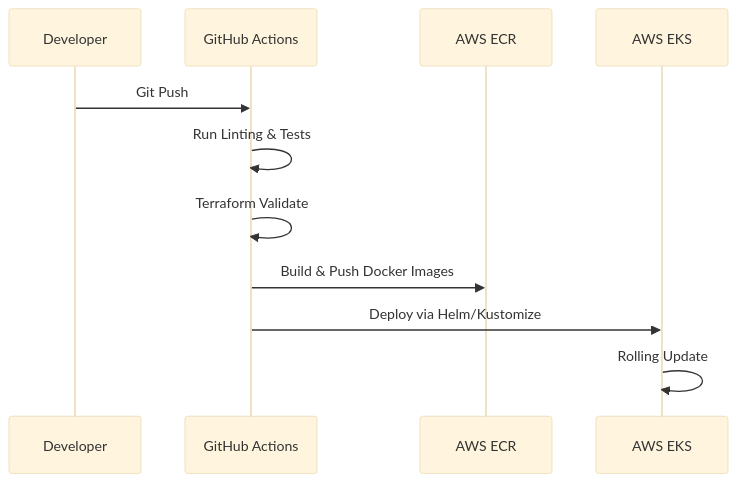
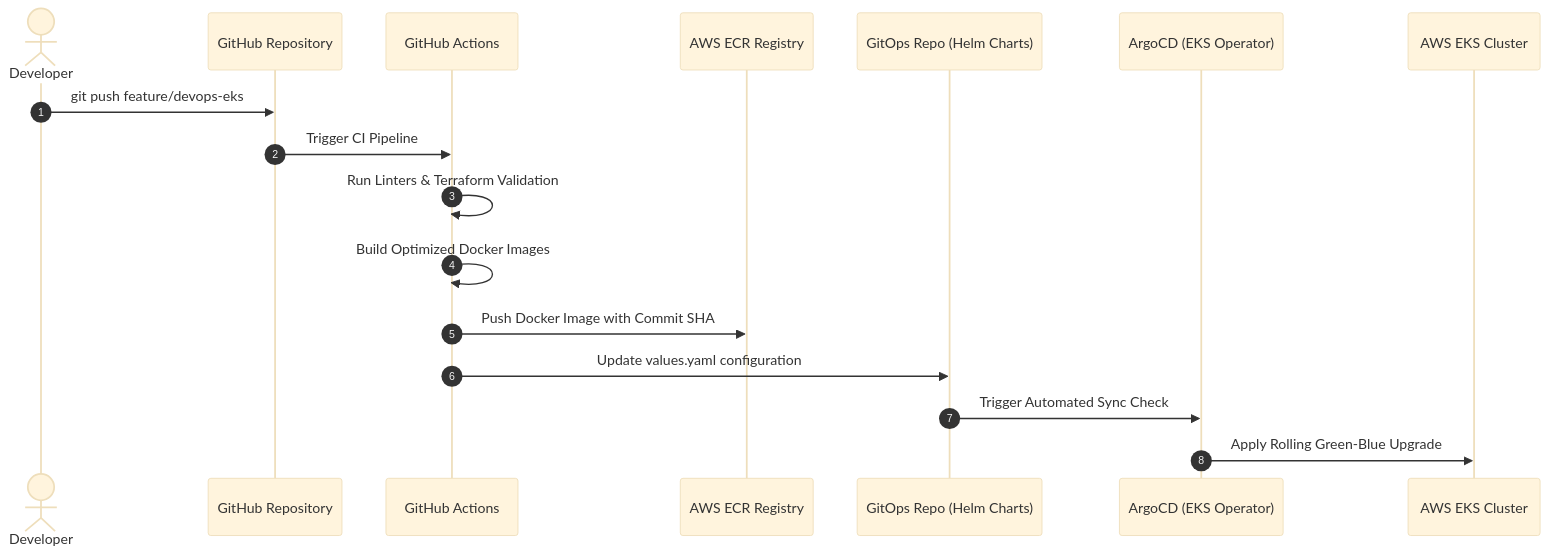
Before and after one commit to sanjanamahajan2001-sys/AI-Voice-Infrastructure-Platform: the second of 2 diagrams in README.md, drawn with Mermaid (base theme). The commit also changed other lines of this file, not shown here.

Commit message:
docs: align infrastructure diagrams and link sister application repository

````diff
--- a/README.md
+++ b/README.md
@@ -65,14 +87,20 @@
 ```mermaid
 sequenceDiagram
-    participant Dev as Developer
-    participant GH as GitHub Actions
-    participant ECR as AWS ECR
-    participant EKS as AWS EKS
-    
-    Dev->>GH: Git Push
-    GH->>GH: Run Linting & Tests
-    GH->>GH: Terraform Validate
-    GH->>ECR: Build & Push Docker Images
-    GH->>EKS: Deploy via Helm/Kustomize
-    EKS->>EKS: Rolling Update
+    autonumber
+    actor Developer
+    participant Git as GitHub Repository
+    participant GA as GitHub Actions
+    participant ECR as AWS ECR Registry
+    participant GitOps as GitOps Repo (Helm Charts)
+    participant ArgoCD as ArgoCD (EKS Operator)
+    participant EKS as AWS EKS Cluster
+
+    Developer->>Git: git push feature/devops-eks
+    Git->>GA: Trigger CI Pipeline
+    GA->>GA: Run Linters & Terraform Validation
+    GA->>GA: Build Optimized Docker Images
+    GA->>ECR: Push Docker Image with Commit SHA
+    GA->>GitOps: Update values.yaml configuration
+    GitOps->>ArgoCD: Trigger Automated Sync Check
+    ArgoCD->>EKS: Apply Rolling Green-Blue Upgrade
 ```
````
